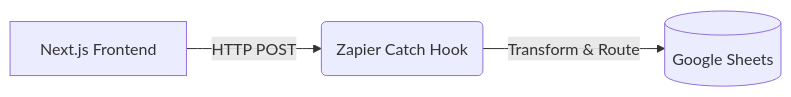
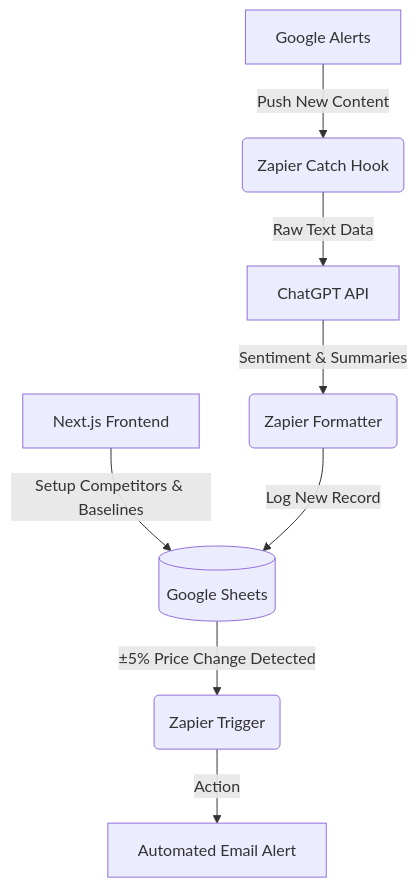
One commit to zaheer-zee/BridgeTest changed the diagram in README.md. Above: the diagram before and after it, drawn with Mermaid. The commit also changed other lines of this file, not shown here.

Commit message:
docs: update architecture to AI Competitive Intelligence model

````diff
--- a/README.md
+++ b/README.md
@@ -9,5 +26,10 @@
 ```mermaid
-graph LR
-    A[Next.js Frontend] -->|HTTP POST| B(Zapier Catch Hook)
-    B -->|Transform & Route| C[(Google Sheets)]
+graph TD
+    UI[Next.js Frontend] -->|Setup Competitors & Baselines| DB[(Google Sheets)]
+    GA[Google Alerts] -->|Push New Content| Z1(Zapier Catch Hook)
+    Z1 -->|Raw Text Data| GPT[ChatGPT API]
+    GPT -->|Sentiment & Summaries| Z2(Zapier Formatter)
+    Z2 -->|Log New Record| DB
+    DB -->|±5% Price Change Detected| Z3(Zapier Trigger)
+    Z3 -->|Action| Alert[Automated Email Alert]
 ```
````
